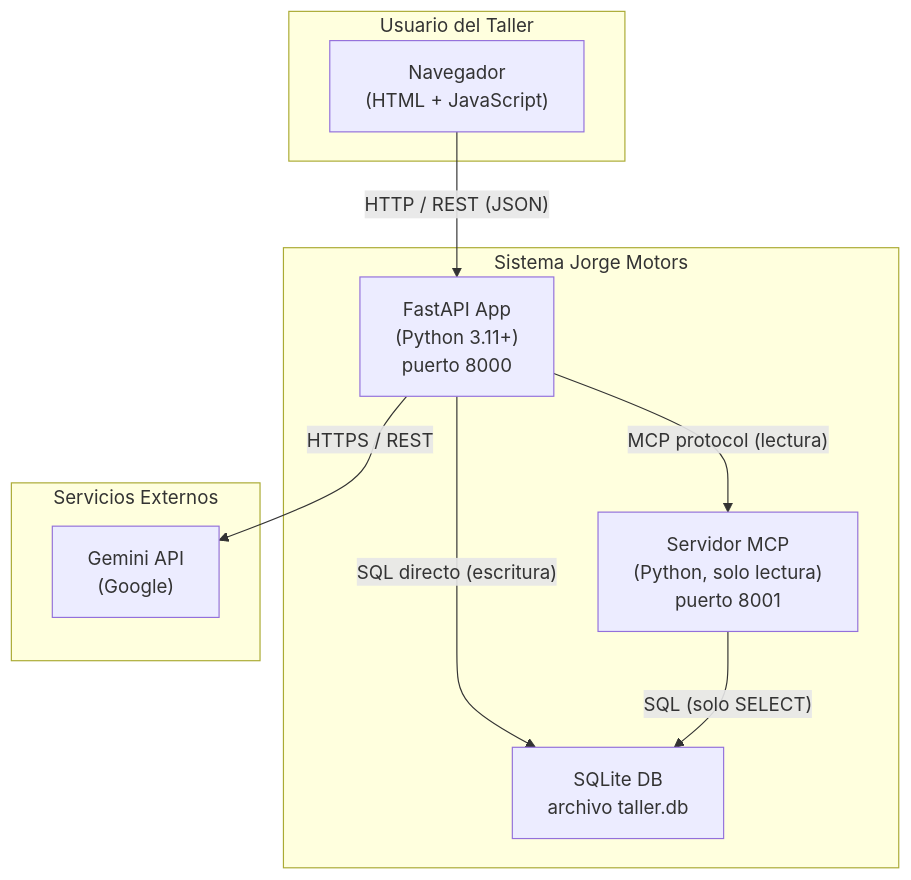
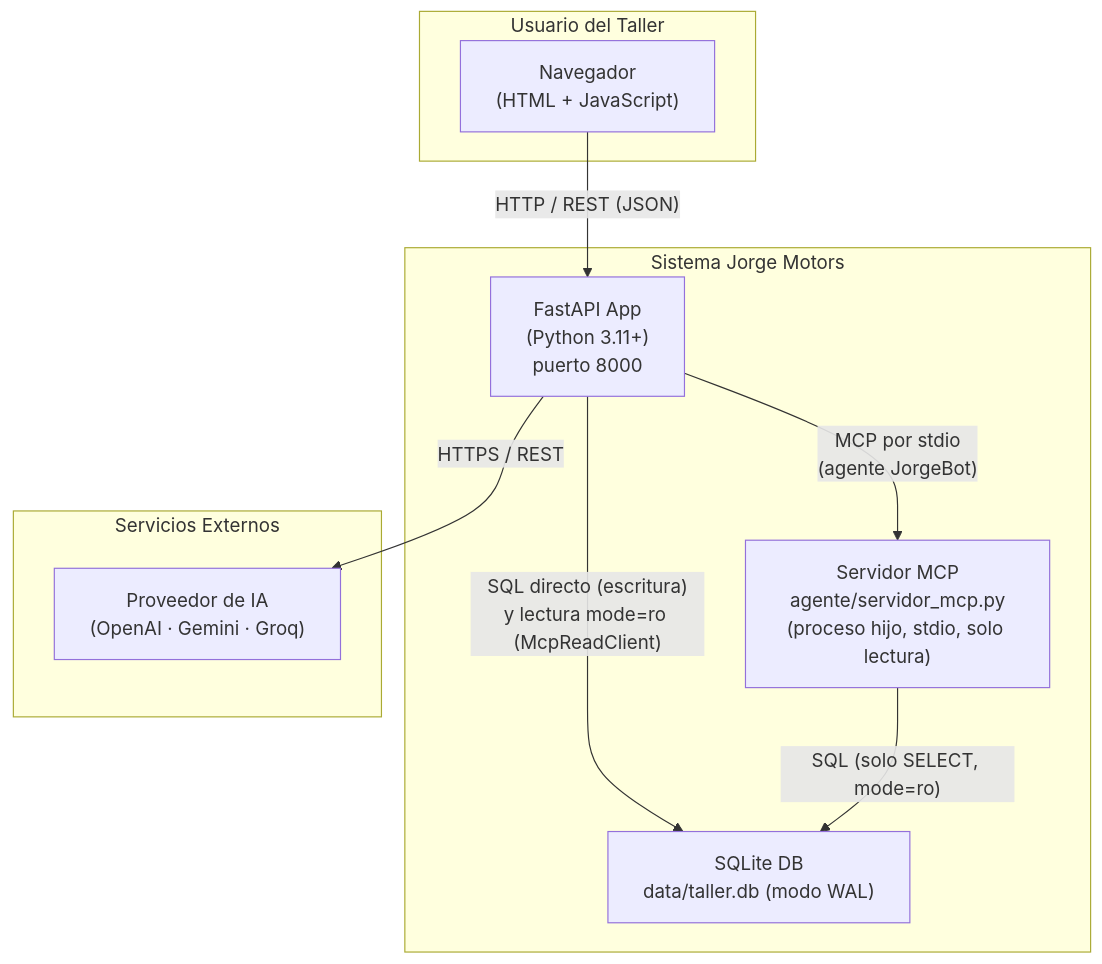
Before and after one commit to diegocr02/Proyecto-Taller: the second of 5 diagrams in .kiro/specs/asistente-taller-jorge-motors/design.md, drawn with Mermaid. The commit also changed other lines of this file and 9 other files, not shown here.

````diff
--- a/.kiro/specs/asistente-taller-jorge-motors/design.md
+++ b/.kiro/specs/asistente-taller-jorge-motors/design.md
@@ -53,22 +58,22 @@
 ```mermaid
 flowchart TD
     subgraph Usuario["Usuario del Taller"]
         B["Navegador\n(HTML + JavaScript)"]
     end
 
     subgraph SistemaJorgeMotors["Sistema Jorge Motors"]
         F["FastAPI App\n(Python 3.11+)\npuerto 8000"]
-        DB["SQLite DB\narchivo taller.db"]
-        MCP["Servidor MCP\n(Python, solo lectura)\npuerto 8001"]
+        DB["SQLite DB\ndata/taller.db (modo WAL)"]
+        MCP["Servidor MCP\nagente/servidor_mcp.py\n(proceso hijo, stdio, solo lectura)"]
     end
 
     subgraph Externo["Servicios Externos"]
-        G["Gemini API\n(Google)"]
+        G["Proveedor de IA\n(OpenAI · Gemini · Groq)"]
     end
 
     B -- "HTTP / REST (JSON)" --> F
-    F -- "SQL directo (escritura)" --> DB
-    F -- "MCP protocol (lectura)" --> MCP
-    MCP -- "SQL (solo SELECT)" --> DB
+    F -- "SQL directo (escritura)\ny lectura mode=ro (McpReadClient)" --> DB
+    F -- "MCP por stdio\n(agente JorgeBot)" --> MCP
+    MCP -- "SQL (solo SELECT, mode=ro)" --> DB
     F -- "HTTPS / REST" --> G
 ```
````
